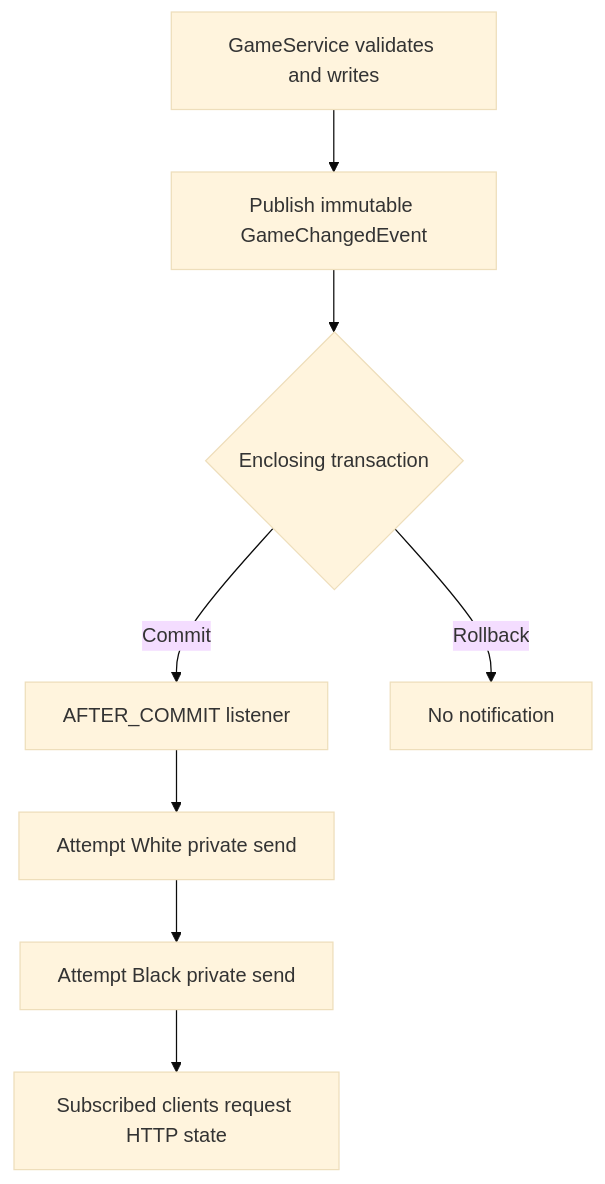
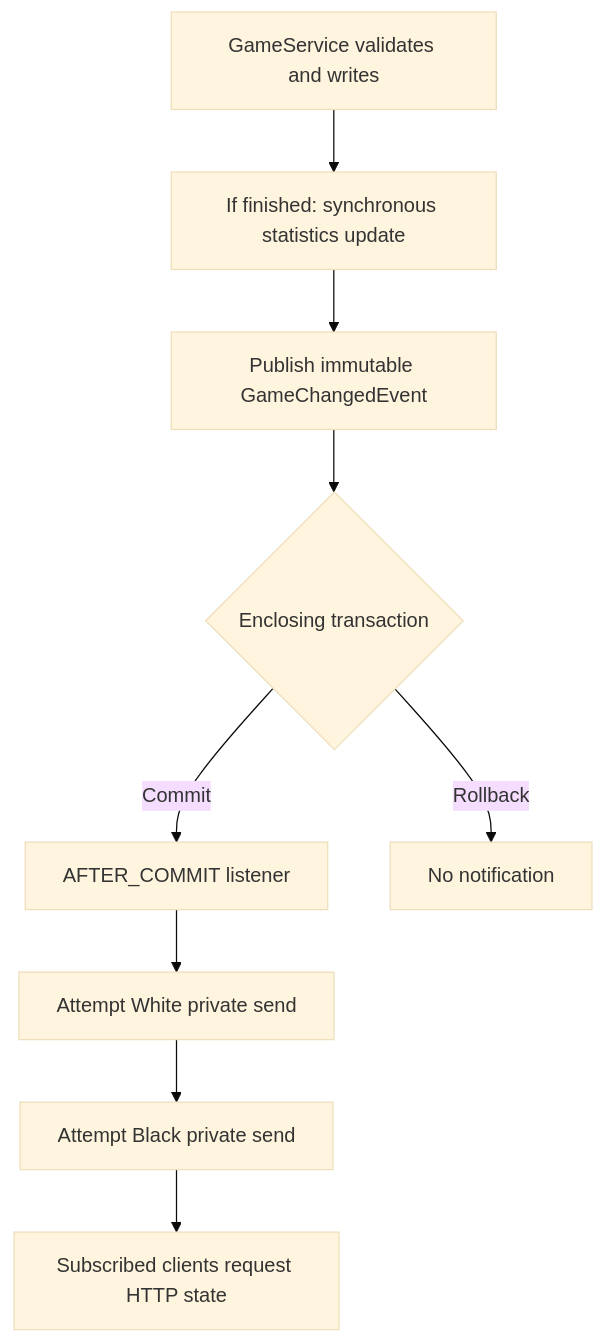
The second of 2 diagrams in docs/realtime-updates-flow.md (parisana/chess-web-app), drawn with Mermaid (base theme) before and after one commit. The commit also changed other lines of this file and 13 other files, not shown here.

````diff
--- a/docs/realtime-updates-flow.md
+++ b/docs/realtime-updates-flow.md
@@ -50,10 +50,11 @@
 ```mermaid
 flowchart TD
-    A["GameService validates and writes"] --> B["Publish immutable GameChangedEvent"]
+    A["GameService validates and writes"] --> S["If finished: synchronous statistics update"]
+    S --> B["Publish immutable GameChangedEvent"]
     B --> C{"Enclosing transaction"}
     C -->|Commit| D["AFTER_COMMIT listener"]
     C -->|Rollback| E["No notification"]
     D --> F["Attempt White private send"]
     F --> G["Attempt Black private send"]
     G --> H["Subscribed clients request HTTP state"]
 ```
````
